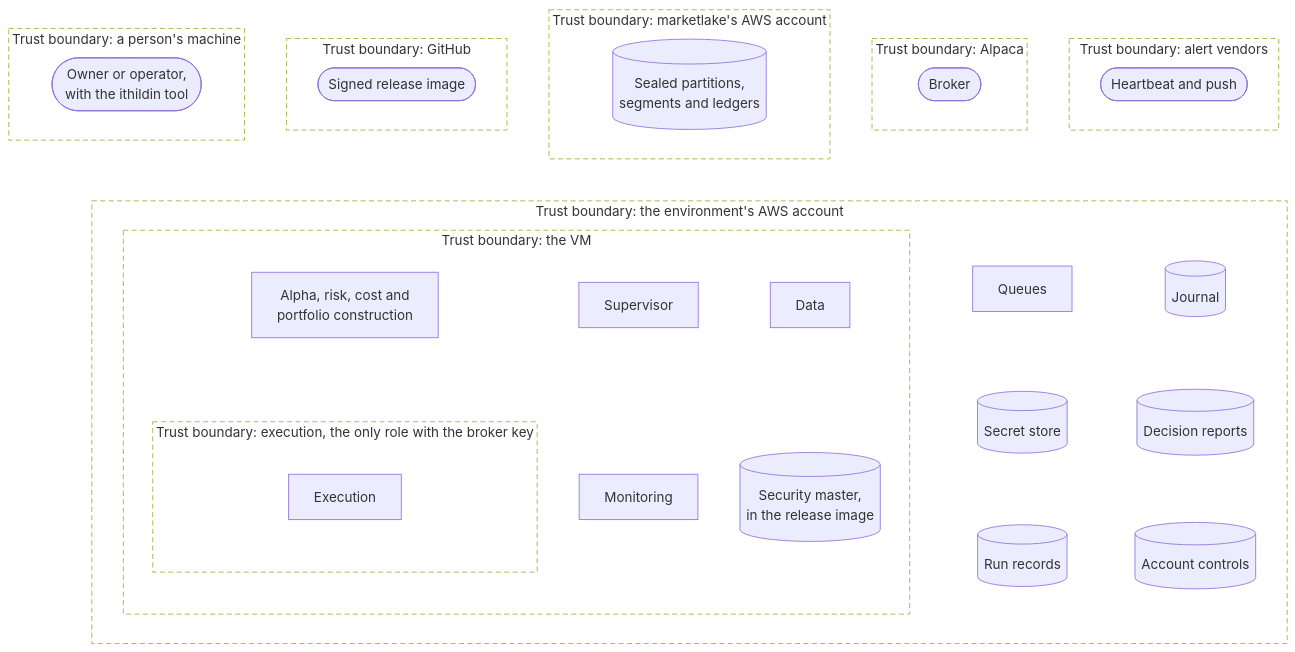
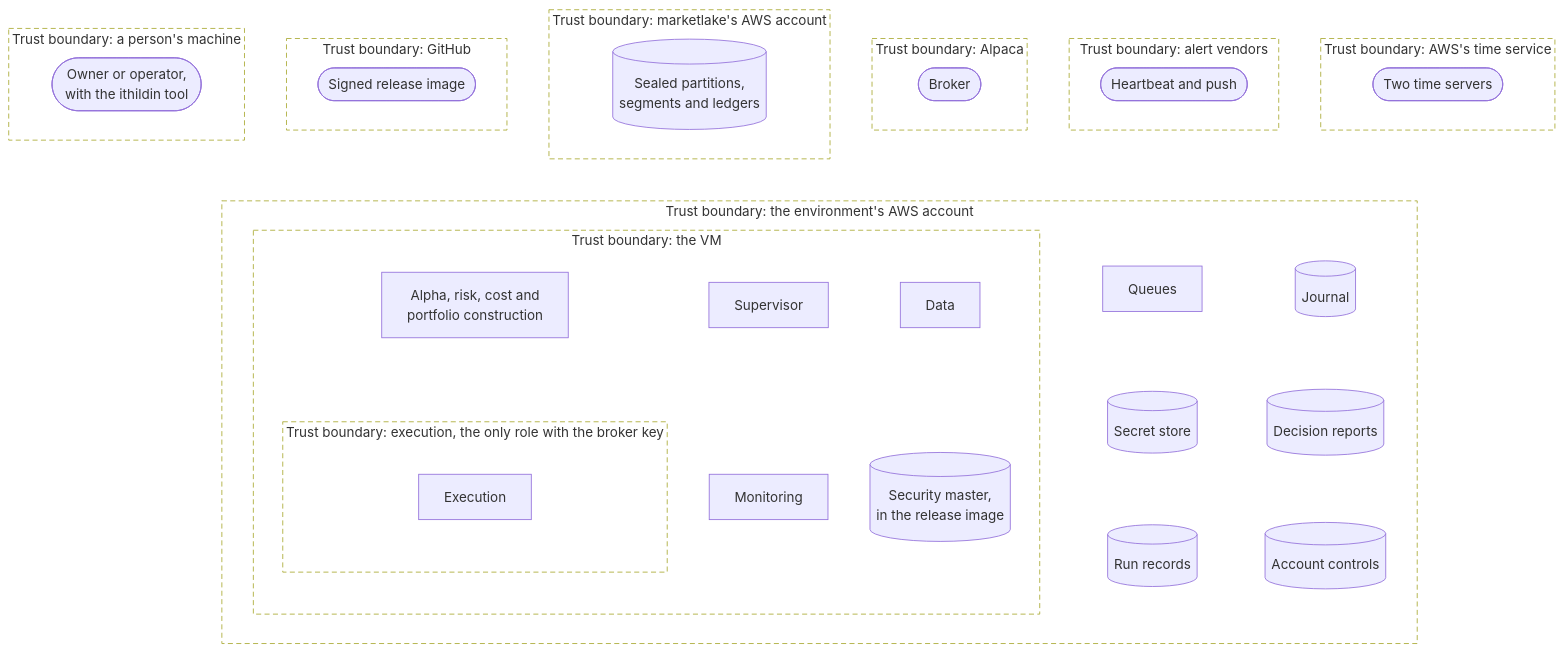
One commit to l3a0/ithildin-runtime changed the first of 18 diagrams in docs/architecture/06-runtime.md. Above: the diagram before and after it, drawn with Mermaid. The commit also changed other lines of this file and 40 other files, not shown here.

````diff
--- a/docs/architecture/06-runtime.md
+++ b/docs/architecture/06-runtime.md
@@ -47,54 +47,58 @@
 ```mermaid
 flowchart TB
     subgraph tb_person["Trust boundary: a person's machine"]
         person(["Owner or operator,<br/>with the ithildin tool"])
     end
     subgraph tb_github["Trust boundary: GitHub"]
         registry(["Signed release image"])
     end
     subgraph tb_marketlake["Trust boundary: marketlake's AWS account"]
         lake[("Sealed partitions,<br/>segments and ledgers")]
     end
     subgraph tb_broker["Trust boundary: Alpaca"]
         brokerx(["Broker"])
     end
     subgraph tb_alert["Trust boundary: alert vendors"]
         alert(["Heartbeat and push"])
+    end
+    subgraph tb_time["Trust boundary: AWS's time service"]
+        times(["Two time servers"])
     end
     subgraph tb_account["Trust boundary: the environment's AWS account"]
         subgraph tb_vm["Trust boundary: the VM"]
             sup["Supervisor"]
             data["Data"]
             models["Alpha, risk, cost and<br/>portfolio construction"]
             mon["Monitoring"]
             d2[("Security master,<br/>in the release image")]
             subgraph tb_exec["Trust boundary: execution, the only role with the broker key"]
                 exec["Execution"]
             end
         end
         queue["Queues"]
         secret[("Secret store")]
         d1[("Run records")]
         d3[("Journal")]
         d4[("Decision reports")]
         d5[("Account controls")]
     end
 
     sup ~~~ mon
     data ~~~ d2
     models ~~~ tb_exec
     tb_vm ~~~ queue
     tb_vm ~~~ secret
     tb_vm ~~~ d1
     queue ~~~ d3
     secret ~~~ d4
     d1 ~~~ d5
     tb_person ~~~ tb_account
     tb_github ~~~ tb_account
     tb_marketlake ~~~ tb_account
     tb_broker ~~~ tb_account
     tb_alert ~~~ tb_account
+    tb_time ~~~ tb_account
 
     classDef boundary fill:none,stroke-dasharray:6 4
-    class tb_person,tb_github,tb_marketlake,tb_broker,tb_alert,tb_account,tb_vm,tb_exec boundary
+    class tb_person,tb_github,tb_marketlake,tb_broker,tb_alert,tb_time,tb_account,tb_vm,tb_exec boundary
 ```
````
